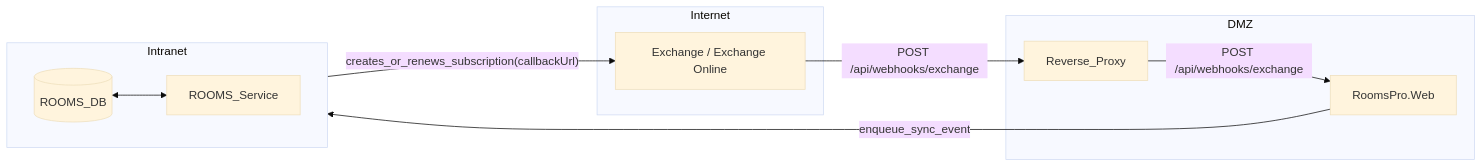
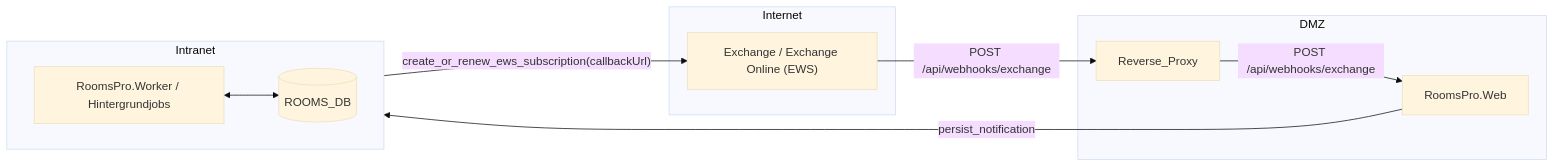
Before and after one commit to 3volutionsAG/rooms-doc: the diagram in content/de/Betrieb/Synchronisation/PushSubscriptions/_index.md, drawn with Mermaid (base theme). The commit also changed other lines of this file and 13 other files, not shown here.

First line of the commit message:
docs(sync): align Graph and EWS synchronization docs

````diff
--- a/content/de/Betrieb/Synchronisation/PushSubscriptions/_index.md
+++ b/content/de/Betrieb/Synchronisation/PushSubscriptions/_index.md
@@ -19,23 +33,23 @@
 ```mermaid
 flowchart LR
   subgraph intranet [Intranet]
     direction LR
     RoomsDB[(ROOMS_DB)]
-    RoomsService[ROOMS_Service]
-    RoomsDB <--> RoomsService
+    Worker["RoomsPro.Worker / Hintergrundjobs"]
+    Worker <--> RoomsDB
   end
 
   subgraph dmz [DMZ]
     ReverseProxy[Reverse_Proxy]
     RoomsProWeb["RoomsPro.Web"]
   end
 
   subgraph internet [Internet]
-    Exchange["Exchange / Exchange Online"]
+    Exchange["Exchange / Exchange Online (EWS)"]
   end
 
-  RoomsService -->|"creates_or_renews_subscription(callbackUrl)"| Exchange
+  Worker -->|"create_or_renew_ews_subscription(callbackUrl)"| Exchange
   Exchange -->|"POST /api/webhooks/exchange"| ReverseProxy
   ReverseProxy -->|"POST /api/webhooks/exchange"| RoomsProWeb
-  RoomsProWeb -->|"enqueue_sync_event"| RoomsService
+  RoomsProWeb -->|"persist_notification"| RoomsDB
 ```
````
